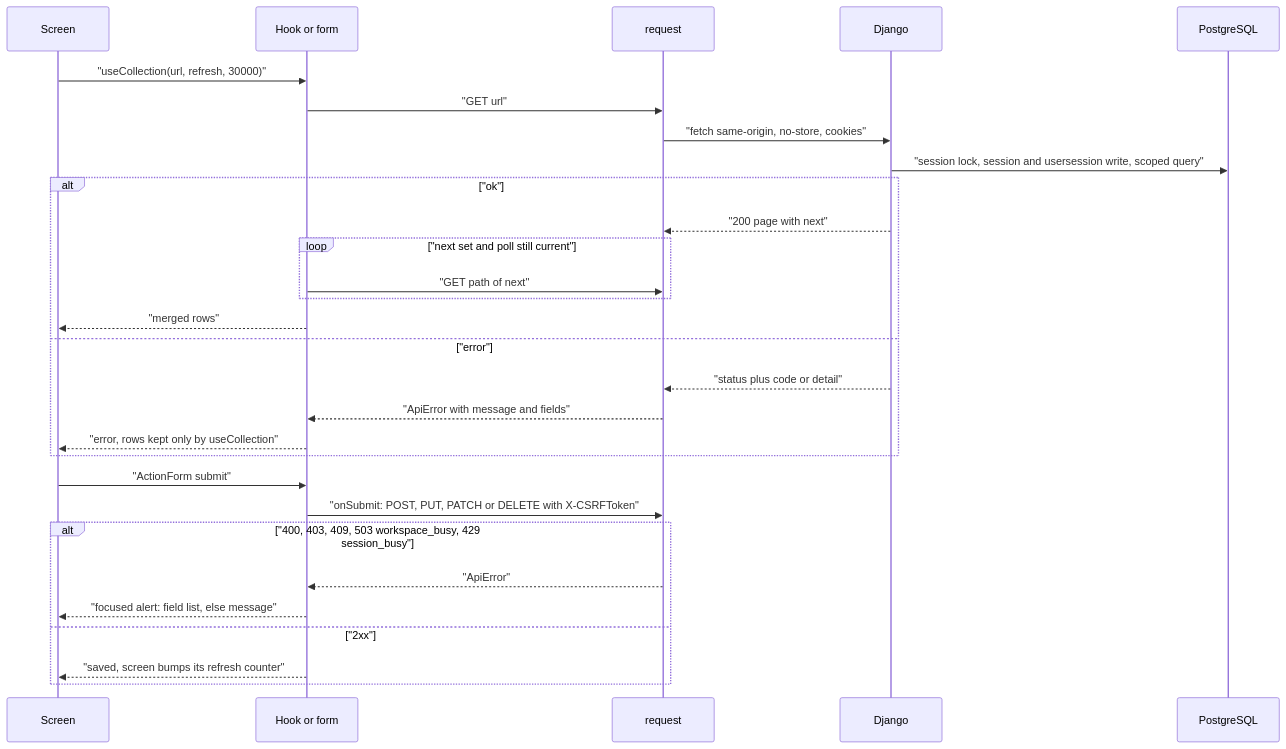
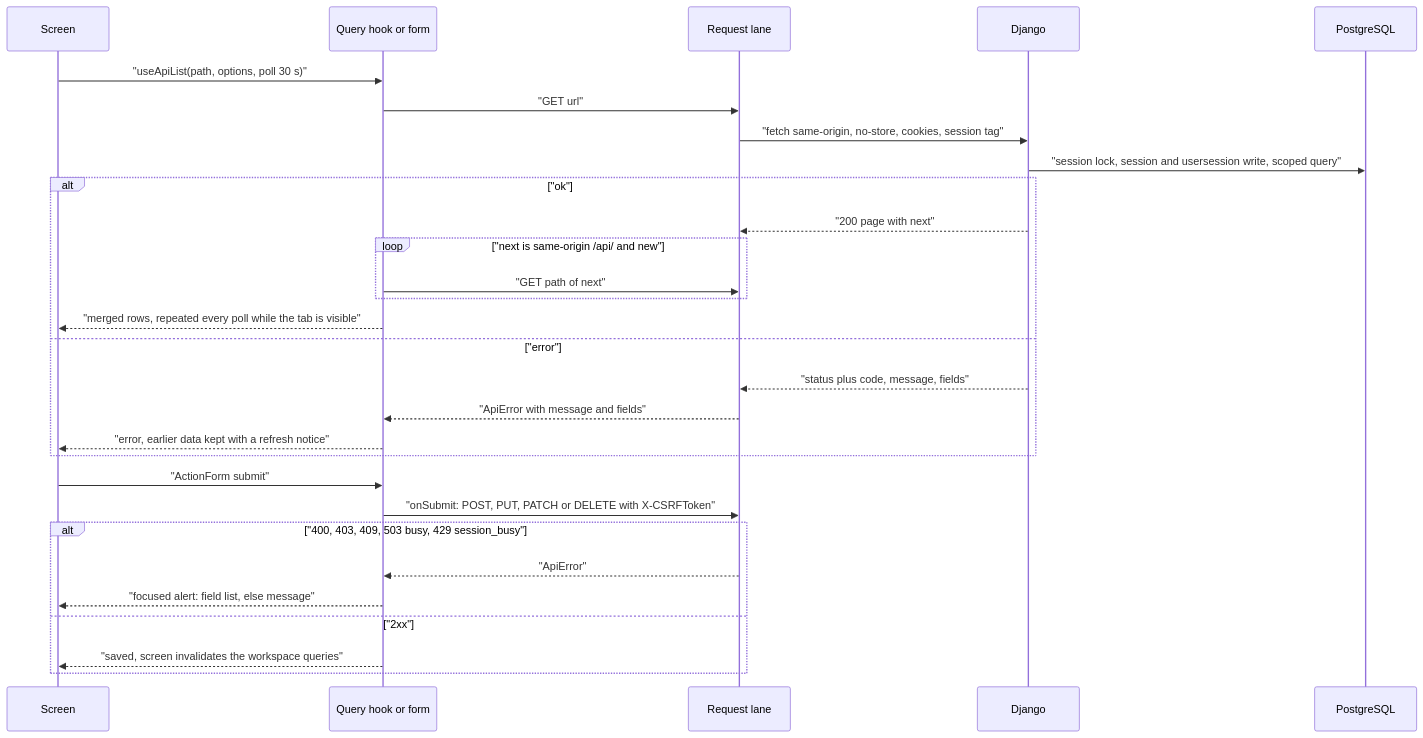
One commit to erkurtharun/pyracast changed the diagram in docs/flows/frontend-data-layer.md. Above: the diagram before and after it, drawn with Mermaid. The commit also changed other lines of this file and 85 other files, not shown here.

First line of the commit message:
Bring the flow pages in line with the code (#107)

````diff
--- a/docs/flows/frontend-data-layer.md
+++ b/docs/flows/frontend-data-layer.md
@@ -16,31 +18,31 @@
 ```mermaid
 sequenceDiagram
     participant S as Screen
-    participant H as Hook or form
-    participant R as request
+    participant H as Query hook or form
+    participant L as Request lane
     participant D as Django
     participant DB as PostgreSQL
-    S->>H: "useCollection(url, refresh, 30000)"
-    H->>R: "GET url"
-    R->>D: "fetch same-origin, no-store, cookies"
+    S->>H: "useApiList(path, options, poll 30 s)"
+    H->>L: "GET url"
+    L->>D: "fetch same-origin, no-store, cookies, session tag"
     D->>DB: "session lock, session and usersession write, scoped query"
     alt "ok"
-        D-->>R: "200 page with next"
-        loop "next set and poll still current"
-            H->>R: "GET path of next"
+        D-->>L: "200 page with next"
+        loop "next is same-origin /api/ and new"
+            H->>L: "GET path of next"
         end
-        H-->>S: "merged rows"
+        H-->>S: "merged rows, repeated every poll while the tab is visible"
     else "error"
-        D-->>R: "status plus code or detail"
-        R-->>H: "ApiError with message and fields"
-        H-->>S: "error, rows kept only by useCollection"
+        D-->>L: "status plus code, message, fields"
+        L-->>H: "ApiError with message and fields"
+        H-->>S: "error, earlier data kept with a refresh notice"
     end
     S->>H: "ActionForm submit"
-    H->>R: "onSubmit: POST, PUT, PATCH or DELETE with X-CSRFToken"
-    alt "400, 403, 409, 503 workspace_busy, 429 session_busy"
-        R-->>H: "ApiError"
+    H->>L: "onSubmit: POST, PUT, PATCH or DELETE with X-CSRFToken"
+    alt "400, 403, 409, 503 busy, 429 session_busy"
+        L-->>H: "ApiError"
         H-->>S: "focused alert: field list, else message"
     else "2xx"
-        H-->>S: "saved, screen bumps its refresh counter"
+        H-->>S: "saved, screen invalidates the workspace queries"
     end
 ```
````
